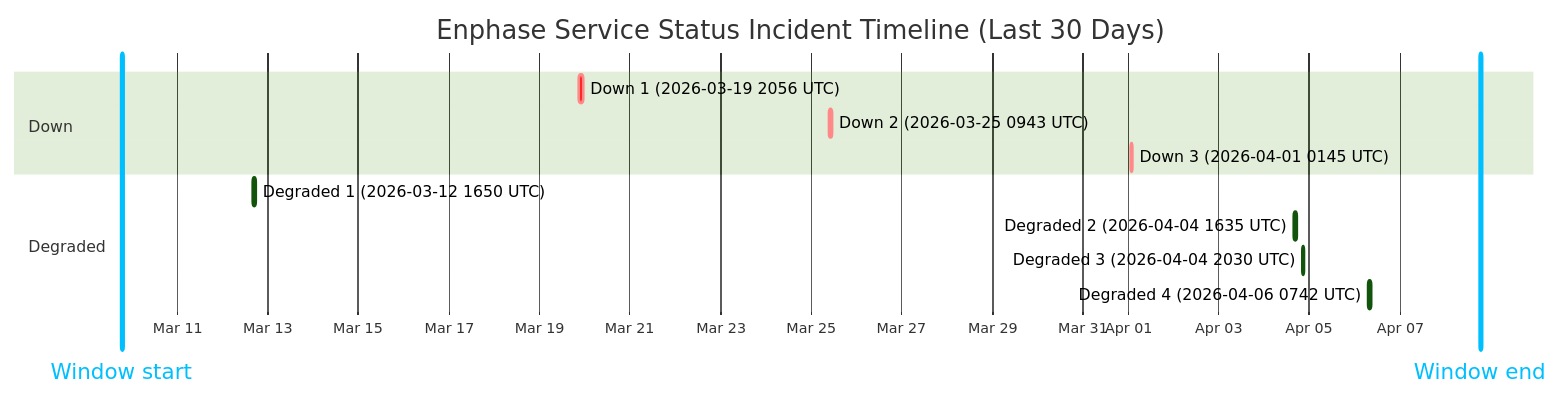
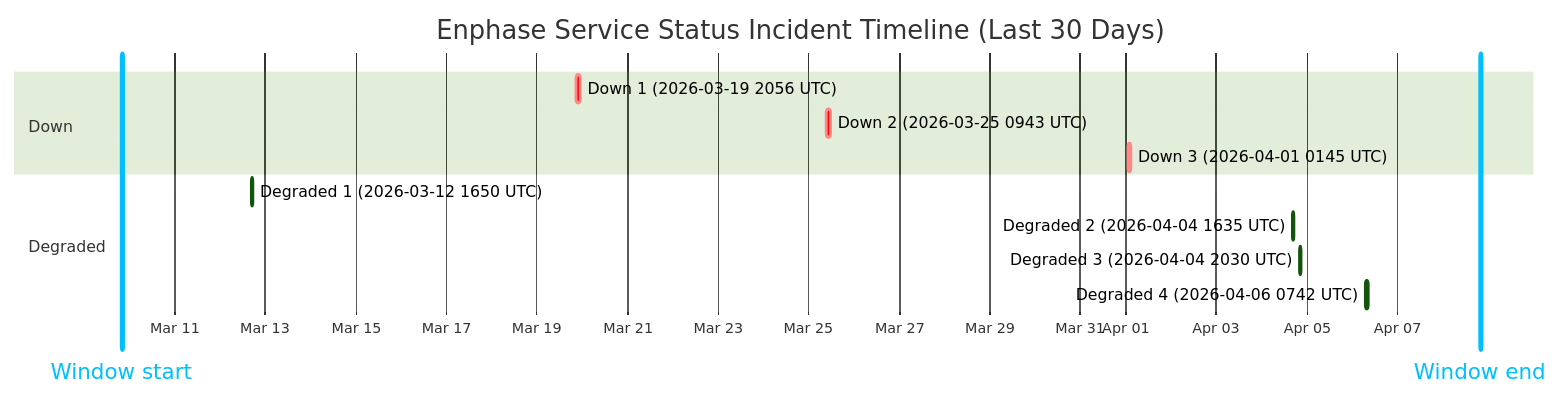
The diagram in wiki/Service-Status-History.md (barneyonline/ha-enphase-ev-charger), drawn with Mermaid (forest theme) before and after one commit. The commit also changed other lines of this file and 3 other files, not shown here.

````diff
--- a/wiki/Service-Status-History.md
+++ b/wiki/Service-Status-History.md
@@ -14,17 +14,17 @@
 ```mermaid
 gantt
     title Enphase Service Status Incident Timeline (Last 30 Days)
     dateFormat  YYYY-MM-DDTHH:mm:ss
     axisFormat  %b %d
-    Window start :vert, window-start, 2026-03-09T18:46:28, 0ms
-    Window end :vert, window-end, 2026-04-08T18:46:28, 0ms
+    Window start :vert, window-start, 2026-03-09T19:58:24, 0ms
+    Window end :vert, window-end, 2026-04-08T19:58:24, 0ms
     section Down
     Down 1 (2026-03-19 2056 UTC) :crit, down-1, 2026-03-19T20:56:20, 145m
     Down 2 (2026-03-25 0943 UTC) :crit, down-2, 2026-03-25T09:43:28, 111m
     Down 3 (2026-04-01 0145 UTC) :crit, down-3, 2026-04-01T01:45:09, 60m
     section Degraded
     Degraded 1 (2026-03-12 1650 UTC) :active, degraded-1, 2026-03-12T16:50:43, 60m
     Degraded 2 (2026-04-04 1635 UTC) :active, degraded-2, 2026-04-04T16:35:17, 60m
     Degraded 3 (2026-04-04 2030 UTC) :active, degraded-3, 2026-04-04T20:30:40, 60m
     Degraded 4 (2026-04-06 0742 UTC) :active, degraded-4, 2026-04-06T07:42:09, 85m
 ```
````
